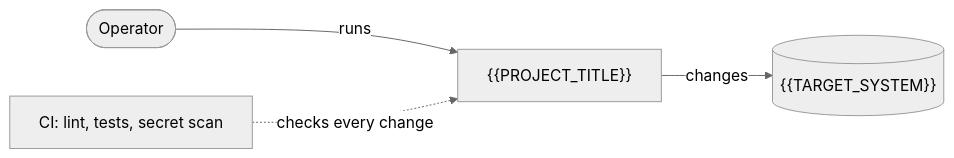
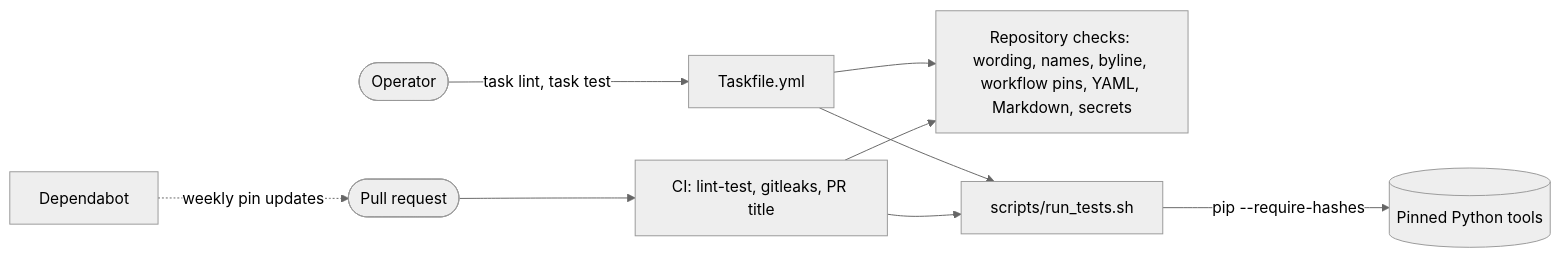
Before and after one commit to luminare-dev/infra-edge-lab: the diagram in README.md, drawn with Mermaid (neutral theme). The commit also changed other lines of this file and 42 other files, not shown here.

````diff
--- a/README.md
+++ b/README.md
@@ -60,6 +52,11 @@
 ```mermaid
 flowchart LR
-    operator(["Operator"]) -->|"runs"| project["{{PROJECT_TITLE}}"]
-    project -->|"changes"| target[("{{TARGET_SYSTEM}}")]
-    ci["CI: lint, tests, secret scan"] -.->|"checks every change"| project
+    operator(["Operator"]) -->|"task lint, task test"| taskfile["Taskfile.yml"]
+    pr(["Pull request"]) --> ci["CI: lint-test, gitleaks, PR title"]
+    deps["Dependabot"] -.->|"weekly pin updates"| pr
+    taskfile --> checks["Repository checks: wording, names, byline, workflow pins, YAML, Markdown, secrets"]
+    ci --> checks
+    taskfile --> tests["scripts/run_tests.sh"]
+    ci --> tests
+    tests -->|"pip --require-hashes"| tools[("Pinned Python tools")]
 ```
````
